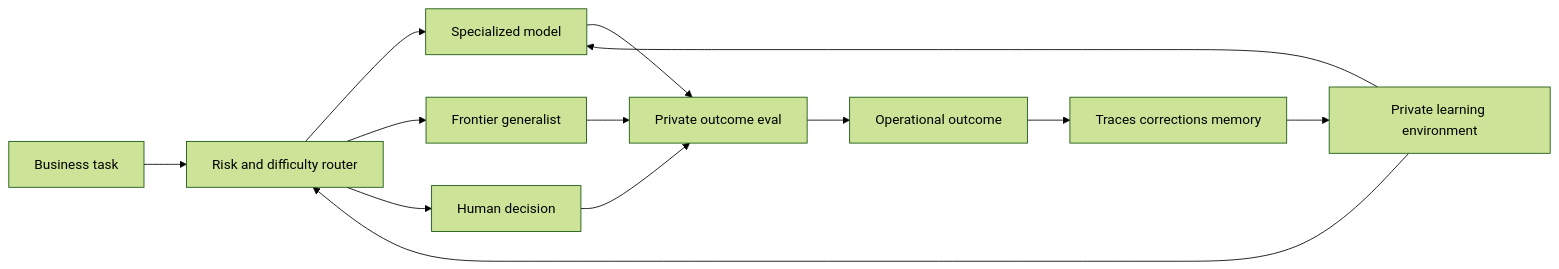
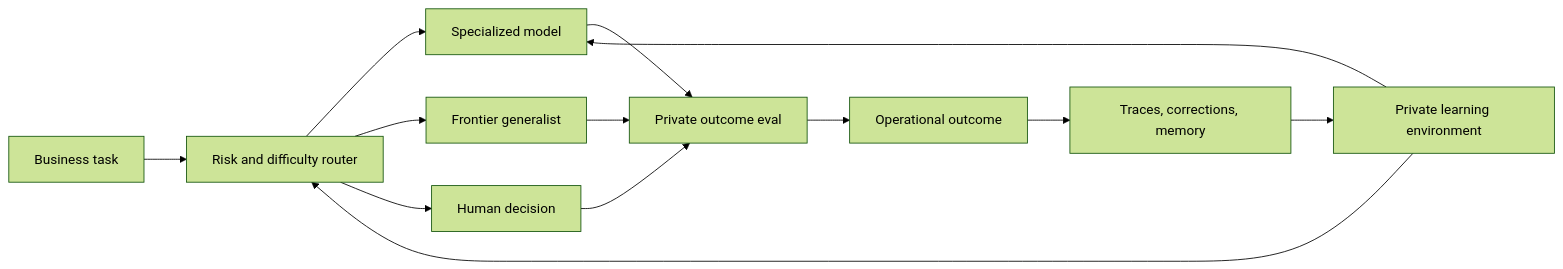
The second of 3 diagrams in content/blog/en/outcome-per-dollar-frontier.mdx (yoichiozaki/yoichiozaki.github.io), drawn with Mermaid (forest theme) before and after one commit. The commit also changed other lines of this file and 220 other files, not shown here.

````diff
--- a/content/blog/en/outcome-per-dollar-frontier.mdx
+++ b/content/blog/en/outcome-per-dollar-frontier.mdx
@@ -207,15 +207,15 @@
 ```mermaid
 flowchart LR
     U[Business task] --> R[Risk and difficulty router]
     R --> S[Specialized model]
     R --> F[Frontier generalist]
     R --> H[Human decision]
     S --> V[Private outcome eval]
     F --> V
     H --> V
     V --> O[Operational outcome]
-    O --> T[Traces corrections memory]
+    O --> T["Traces, corrections, memory"]
     T --> E[Private learning environment]
     E --> R
     E --> S
 ```
````
